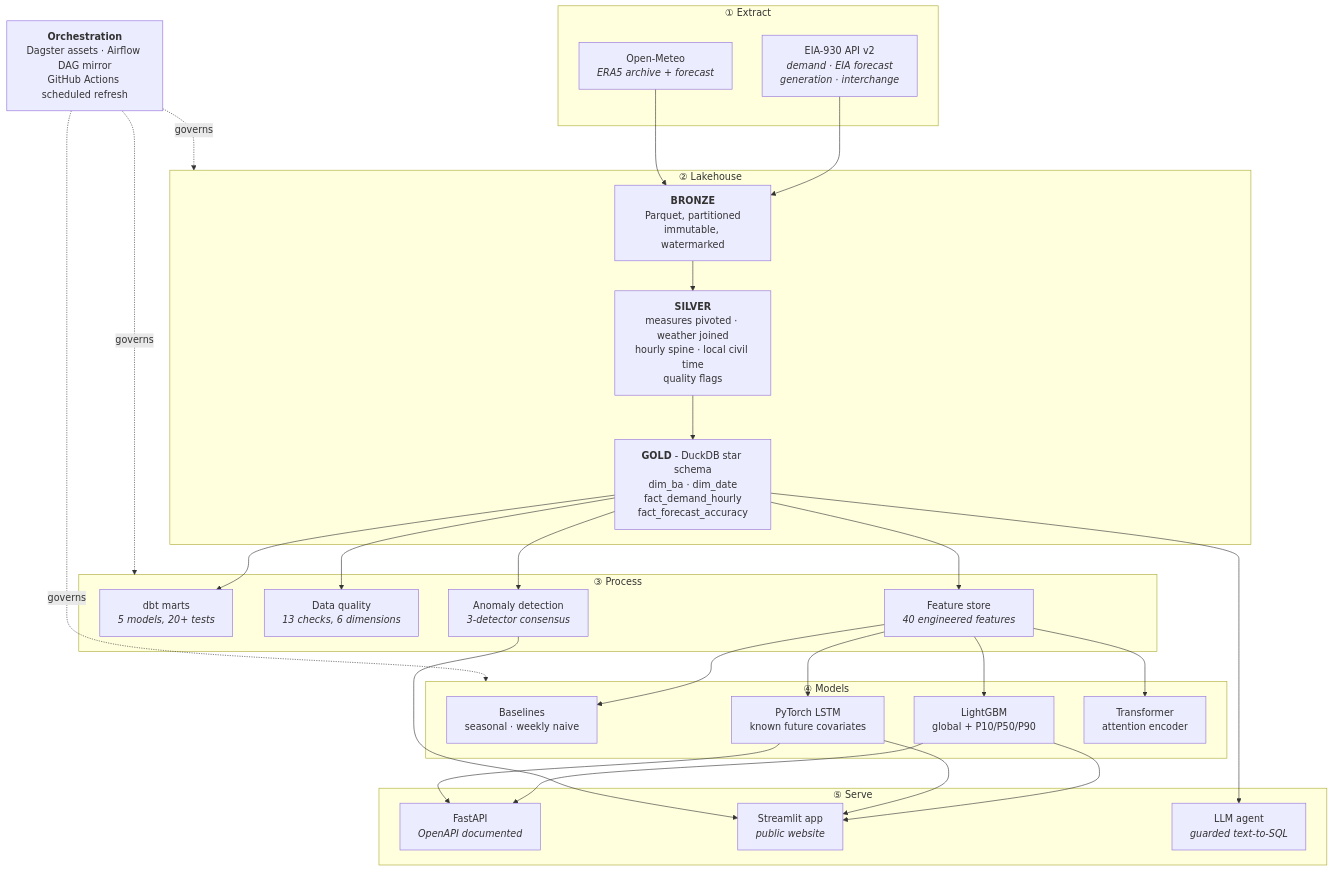
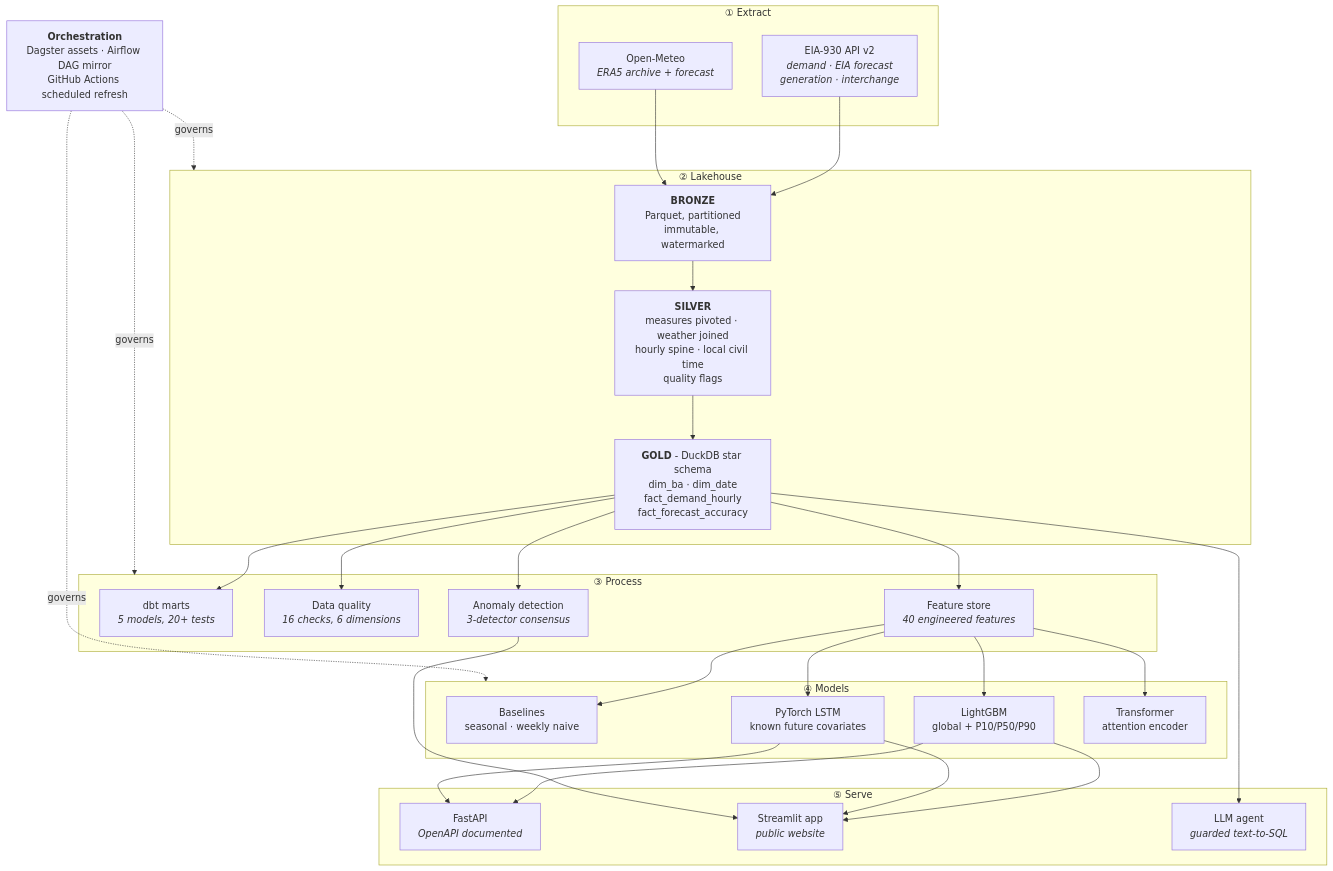
The diagram in README.md (adwitiyashukla/gridpulse), drawn with Mermaid before and after one commit. The commit also changed other lines of this file, not shown here.

````diff
--- a/README.md
+++ b/README.md
@@ -115,47 +116,47 @@
 ```mermaid
 flowchart TD
     subgraph EXTRACT["① Extract"]
         A1["EIA-930 API v2<br/><i>demand · EIA forecast<br/>generation · interchange</i>"]
         A2["Open-Meteo<br/><i>ERA5 archive + forecast</i>"]
     end
 
     subgraph LAKE["② Lakehouse"]
         B1["<b>BRONZE</b><br/>Parquet, partitioned<br/>immutable, watermarked"]
         B2["<b>SILVER</b><br/>measures pivoted · weather joined<br/>hourly spine · local civil time<br/>quality flags"]
         B3["<b>GOLD</b> - DuckDB star schema<br/>dim_ba · dim_date<br/>fact_demand_hourly<br/>fact_forecast_accuracy"]
     end
 
     subgraph PROCESS["③ Process"]
         C1["dbt marts<br/><i>5 models, 20+ tests</i>"]
-        C2["Data quality<br/><i>13 checks, 6 dimensions</i>"]
+        C2["Data quality<br/><i>16 checks, 6 dimensions</i>"]
         C3["Feature store<br/><i>40 engineered features</i>"]
         C4["Anomaly detection<br/><i>3-detector consensus</i>"]
     end
 
     subgraph ML["④ Models"]
         D1["Baselines<br/>seasonal · weekly naive"]
         D2["LightGBM<br/>global + P10/P50/P90"]
         D3["PyTorch LSTM<br/>known future covariates"]
         D4["Transformer<br/>attention encoder"]
     end
 
     subgraph SERVE["⑤ Serve"]
         E1["FastAPI<br/><i>OpenAPI documented</i>"]
         E2["Streamlit app<br/><i>public website</i>"]
         E3["LLM agent<br/><i>guarded text-to-SQL</i>"]
     end
 
     A1 --> B1
     A2 --> B1
     B1 --> B2 --> B3
     B3 --> C1 & C2 & C3 & C4
     C3 --> D1 & D2 & D3 & D4
     D2 & D3 --> E1 & E2
     B3 --> E3
     C4 --> E2
 
     ORCH["<b>Orchestration</b><br/>Dagster assets · Airflow DAG mirror<br/>GitHub Actions scheduled refresh"]
     ORCH -.governs.-> LAKE
     ORCH -.governs.-> PROCESS
     ORCH -.governs.-> ML
 ```
````
